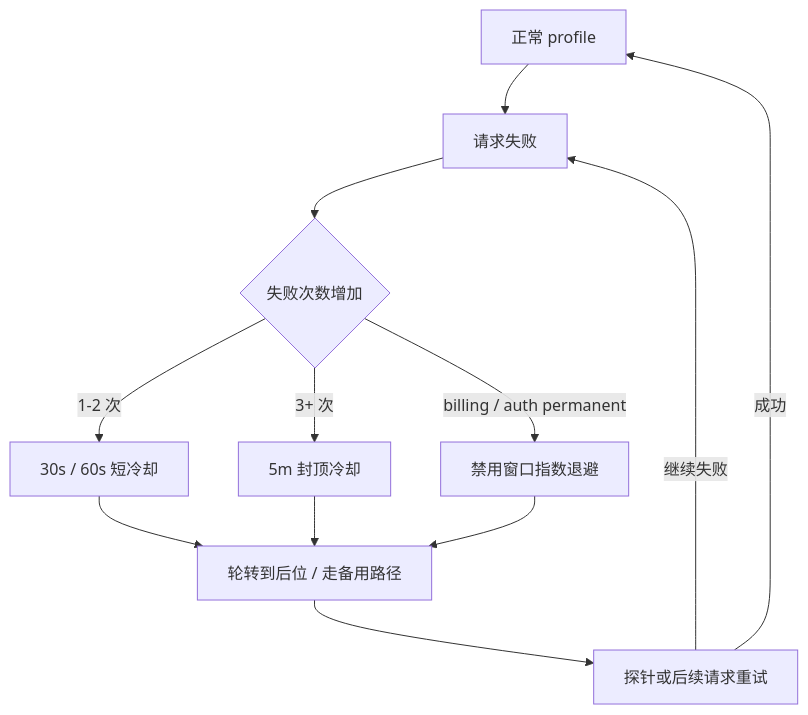
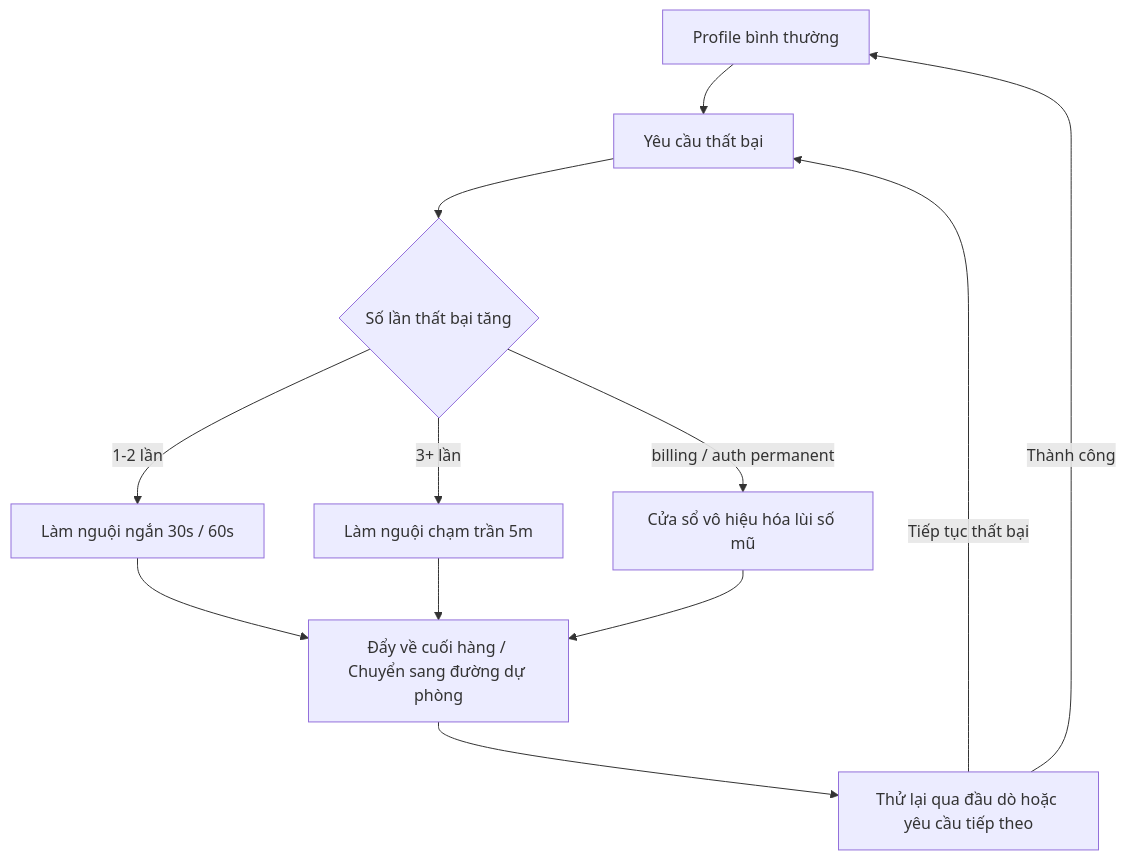
Before and after one commit to dino-edu/openclaw_guide: the diagram in 11_reliability_security/11.2_rotation_cooldown.md, drawn with Mermaid. The commit also changed other lines of this file and 27 other files, not shown here.

````diff
--- a/11_reliability_security/11.2_rotation_cooldown.md
+++ b/11_reliability_security/11.2_rotation_cooldown.md
@@ -17,14 +17,14 @@
 ```mermaid
 flowchart TD
-  O["正常 profile"] --> F["请求失败"]
-  F --> C{"失败次数增加"}
-  C -->|"1-2 次"| CD["30s / 60s 短冷却"]
-  C -->|"3+ 次"| CAP["5m 封顶冷却"]
-  C -->|"billing / auth permanent"| BD["禁用窗口指数退避"]
-  CAP --> R["轮转到后位 / 走备用路径"]
-  CD --> R["轮转到后位 / 走备用路径"]
+  O["Profile bình thường"] --> F["Yêu cầu thất bại"]
+  F --> C{"Số lần thất bại tăng"}
+  C -->|"1-2 lần"| CD["Làm nguội ngắn 30s / 60s"]
+  C -->|"3+ lần"| CAP["Làm nguội chạm trần 5m"]
+  C -->|"billing / auth permanent"| BD["Cửa sổ vô hiệu hóa lùi số mũ"]
+  CAP --> R["Đẩy về cuối hàng / Chuyển sang đường dự phòng"]
+  CD --> R
   BD --> R
-  R --> P["探针或后续请求重试"]
-  P -->|"成功"| O
-  P -->|"继续失败"| F
+  R --> P["Thử lại qua đầu dò hoặc yêu cầu tiếp theo"]
+  P -->|"Thành công"| O
+  P -->|"Tiếp tục thất bại"| F
 ```
````
